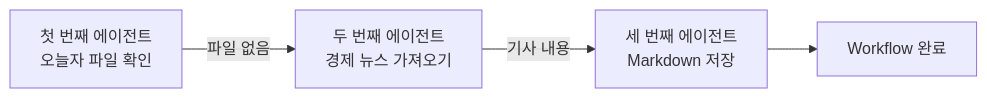
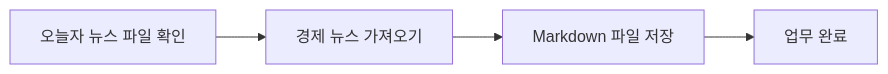
Before and after one commit to ericyum/Obsidian: the first of 5 diagrams in ZENAI/에이전트 학습/2. 에이전트의 작동 원리와 그래프 엔지니어링/05 Graph Engineering.md, drawn with Mermaid. The commit also changed other lines of this file and 7 other files, not shown here.

````diff
--- a/ZENAI/에이전트 학습/2. 에이전트의 작동 원리와 그래프 엔지니어링/05 Graph Engineering.md
+++ b/ZENAI/에이전트 학습/2. 에이전트의 작동 원리와 그래프 엔지니어링/05 Graph Engineering.md
@@ -44,6 +54,6 @@
 ```mermaid
 flowchart LR
-    A["첫 번째 에이전트<br/>오늘자 파일 확인"] -->|"파일 없음"| B["두 번째 에이전트<br/>경제 뉴스 가져오기"]
-    B -->|"기사 내용"| C["세 번째 에이전트<br/>Markdown 저장"]
-    C --> D["Workflow 완료"]
+    A["오늘자 뉴스 파일 확인"] --> B["경제 뉴스 가져오기"]
+    B --> C["Markdown 파일 저장"]
+    C --> D["업무 완료"]
 ```
````
